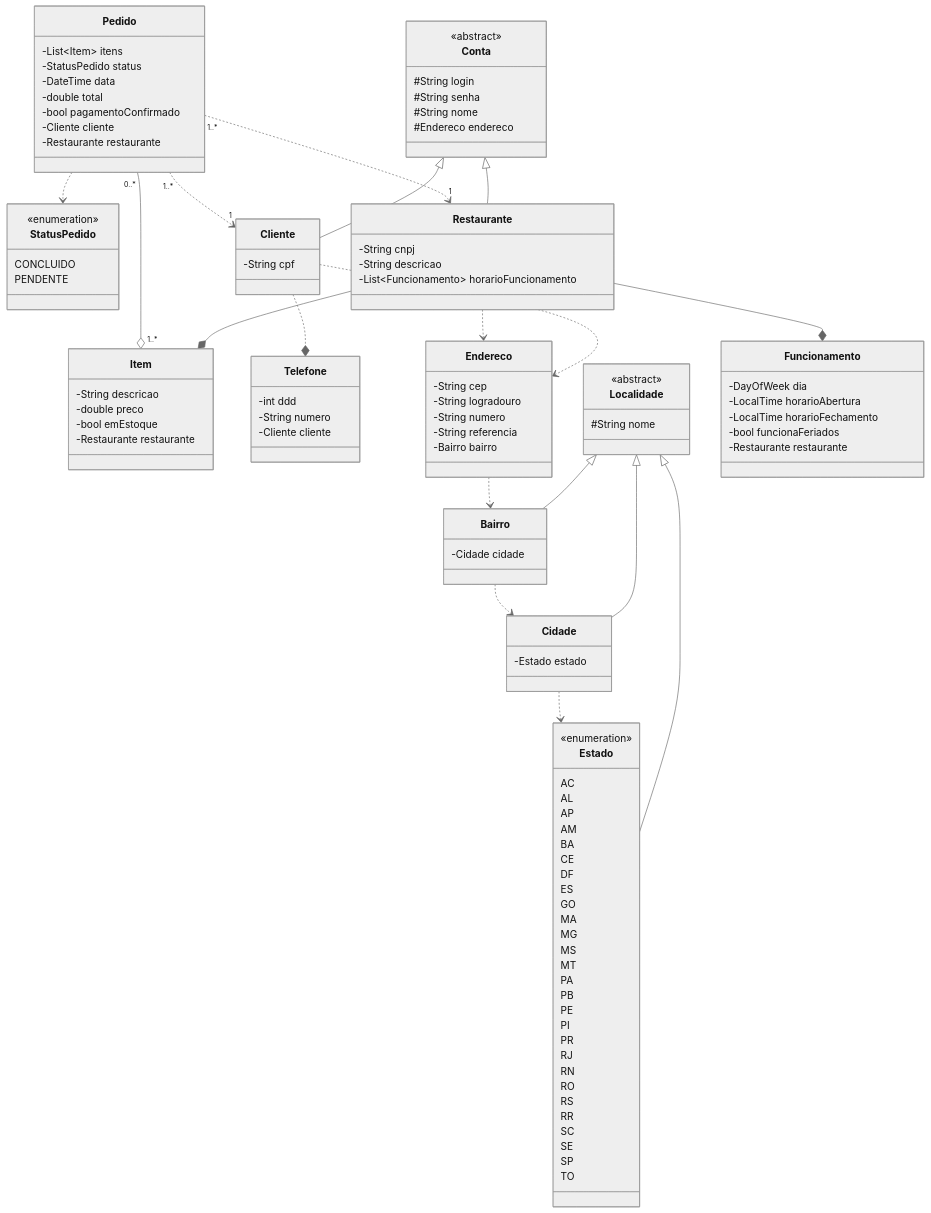
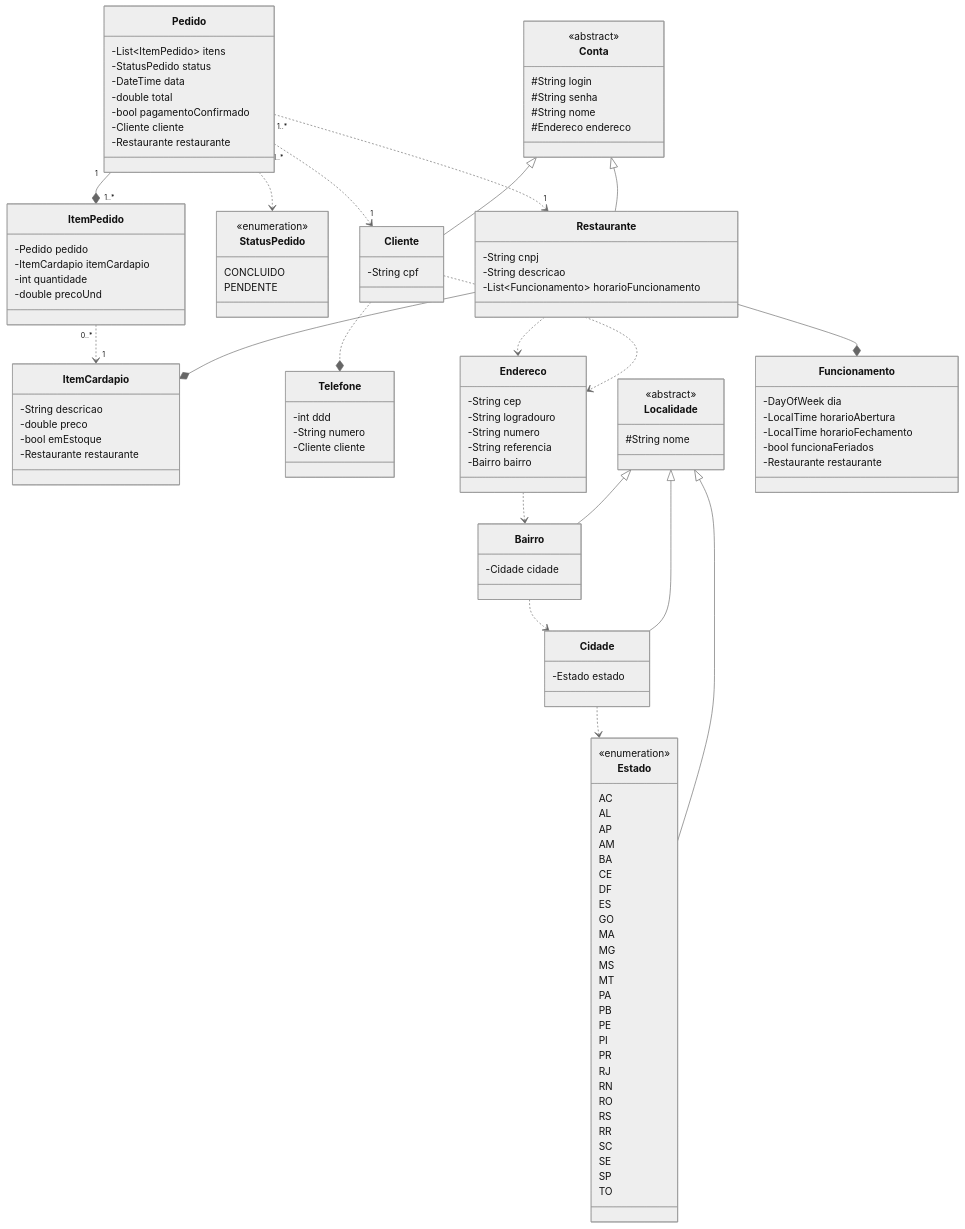
Before and after one commit to gxrj/dio-santander2023: the diagram in desafio-final-backend-dio-santander2023/README.md, drawn with Mermaid (neutral theme). The commit also changed 13 other files, not shown here.

Commit message:
fix: refatora a classe Item em ItemCardapio e suas relacoes com Pedido

````diff
--- a/desafio-final-backend-dio-santander2023/README.md
+++ b/desafio-final-backend-dio-santander2023/README.md
@@ -19,7 +19,7 @@
 ```mermaid
 classDiagram
     class Pedido{
-        -List~Item~ itens
+        -List~ItemPedido~ itens
         -StatusPedido status
         -DateTime data
         -double total
@@ -27,7 +27,13 @@
         -Cliente cliente
         -Restaurante restaurante
     }
-    class Item{
+    class ItemPedido{
+        -Pedido pedido
+        -ItemCardapio itemCardapio
+        -int quantidade
+        -double precoUnd
+    }
+    class ItemCardapio{
         -String descricao
         -double preco
         -bool emEstoque
@@ -116,8 +122,9 @@
     Pedido "1..*" ..> "1" Cliente
     Pedido "1..*" ..> "1" Restaurante
     Pedido ..> StatusPedido
-    Pedido "0..*" --o "1..*" Item
-    Restaurante --* Item
+    Pedido "1" --* "1..*" ItemPedido
+    ItemPedido "0..*" ..> "1" ItemCardapio 
+    Restaurante --* ItemCardapio
     Restaurante --* Funcionamento
     Restaurante ..> Endereco
     Conta <|-- Cliente
````
